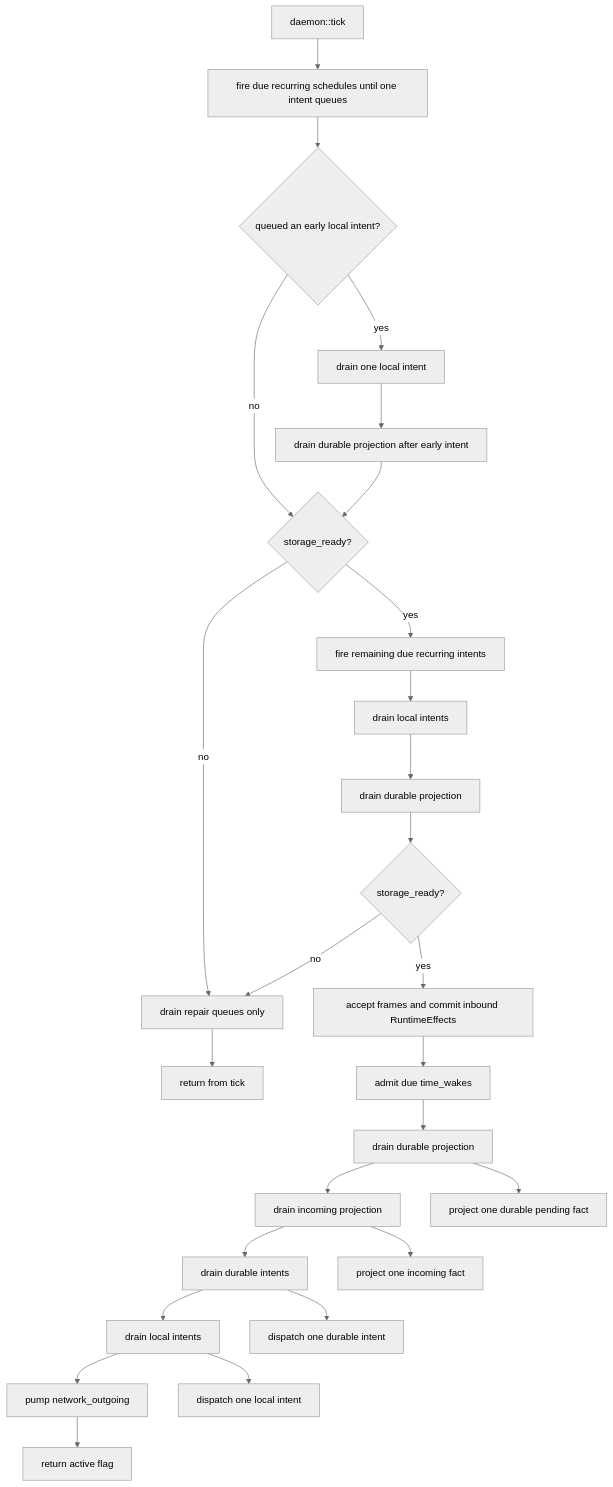
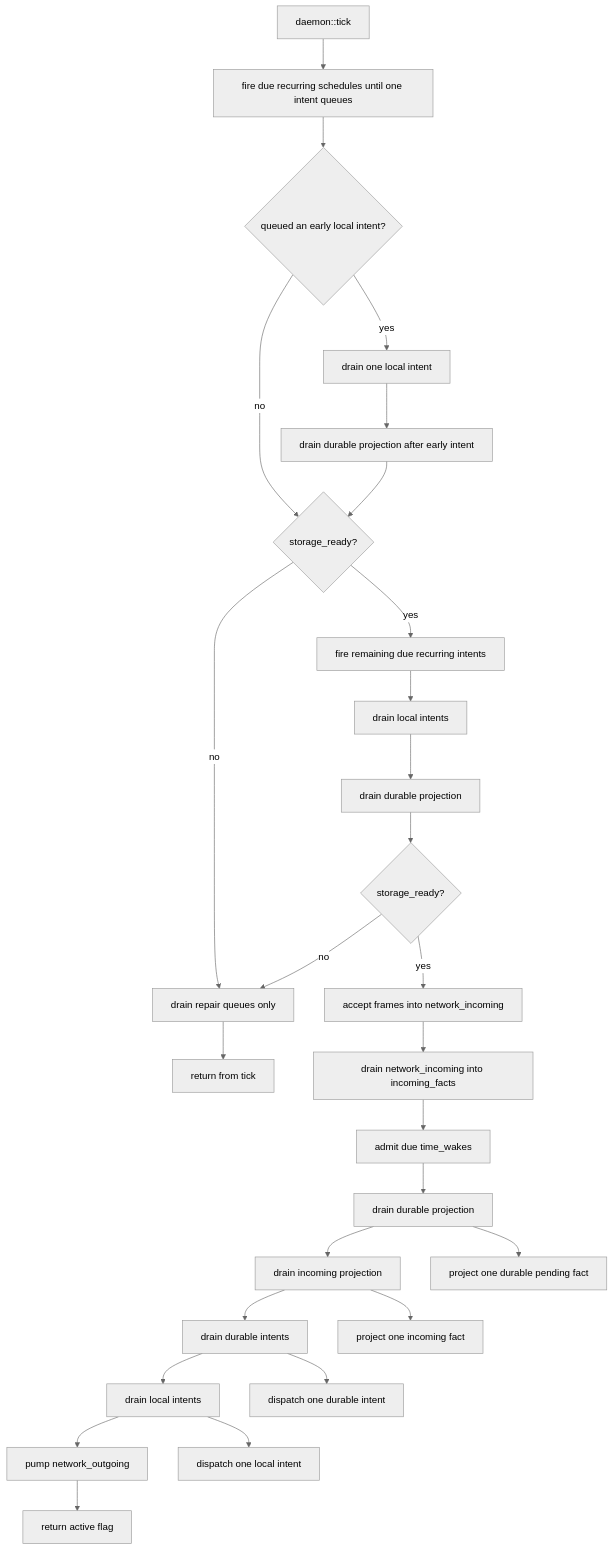
One commit to holmesworcester/poc-10 changed the fifth of 9 diagrams in ARCHITECTURE_DIAGRAMS.md. Above: the diagram before and after it, drawn with Mermaid (neutral theme). The commit also changed other lines of this file and 26 other files, not shown here.

Commit message:
Move inbound network durability to projectors

````diff
--- a/ARCHITECTURE_DIAGRAMS.md
+++ b/ARCHITECTURE_DIAGRAMS.md
@@ -253,31 +253,32 @@
 ```mermaid
 %%{init: {"flowchart": {"wrappingWidth": 300}} }%%
 flowchart TD
     START["daemon::tick"] --> FIRST["fire due recurring schedules until one intent queues"]
     FIRST --> FIRST_DRAIN{"queued an early local intent?"}
     FIRST_DRAIN -- yes --> LOCAL_ONE["drain one local intent"]
     LOCAL_ONE --> DURABLE_REPAIR["drain durable projection after early intent"]
     FIRST_DRAIN -- no --> READY_ONE{"storage_ready?"}
     DURABLE_REPAIR --> READY_ONE
     READY_ONE -- no --> REPAIR["drain repair queues only"]
     REPAIR --> RETURN_REPAIR["return from tick"]
 
     READY_ONE -- yes --> RECUR["fire remaining due recurring intents"]
     RECUR --> LOCAL["drain local intents"]
     LOCAL --> DURABLE_PRE["drain durable projection"]
     DURABLE_PRE --> READY_TWO{"storage_ready?"}
     READY_TWO -- no --> REPAIR
-    READY_TWO -- yes --> INBOUND["accept frames and commit inbound RuntimeEffects"]
-    INBOUND --> TIME["admit due time_wakes"]
+    READY_TWO -- yes --> INBOUND["accept frames into network_incoming"]
+    INBOUND --> CLASSIFY_IN["drain network_incoming into incoming_facts"]
+    CLASSIFY_IN --> TIME["admit due time_wakes"]
     TIME --> DURABLE["drain durable projection"]
     DURABLE --> INCOMING["drain incoming projection"]
     INCOMING --> DURABLE_INTENTS["drain durable intents"]
     DURABLE_INTENTS --> LOCAL_INTENTS["drain local intents"]
     LOCAL_INTENTS --> OUTGOING["pump network_outgoing"]
     OUTGOING --> DONE["return active flag"]
 
     DURABLE --> PROJECT_ONE["project one durable pending fact"]
     INCOMING --> PROJECT_INCOMING["project one incoming fact"]
     DURABLE_INTENTS --> HANDLER_DURABLE["dispatch one durable intent"]
     LOCAL_INTENTS --> HANDLER_LOCAL["dispatch one local intent"]
 ```
````
